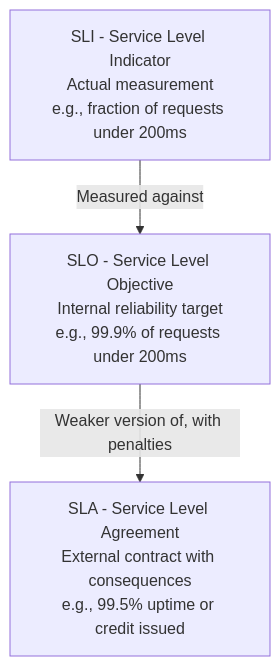
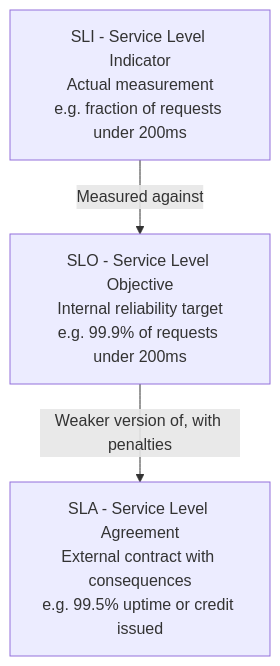
The sixth of 8 diagrams in system-design/part-3-architecture-patterns/ch17-monitoring-observability.md (bachdx2812/dev-learning-hub), drawn with Mermaid before and after one commit. The commit also changed other lines of this file and 16 other files, not shown here.

````diff
--- a/system-design/part-3-architecture-patterns/ch17-monitoring-observability.md
+++ b/system-design/part-3-architecture-patterns/ch17-monitoring-observability.md
@@ -225,9 +336,9 @@
 ```mermaid
 graph TD
-    SLI["SLI - Service Level Indicator\nActual measurement\ne.g., fraction of requests under 200ms"]
-    SLO["SLO - Service Level Objective\nInternal reliability target\ne.g., 99.9% of requests under 200ms"]
-    SLA["SLA - Service Level Agreement\nExternal contract with consequences\ne.g., 99.5% uptime or credit issued"]
+    SLI["SLI - Service Level Indicator\nActual measurement\ne.g. fraction of requests under 200ms"]
+    SLO["SLO - Service Level Objective\nInternal reliability target\ne.g. 99.9% of requests under 200ms"]
+    SLA["SLA - Service Level Agreement\nExternal contract with consequences\ne.g. 99.5% uptime or credit issued"]
 
-    SLI -->|Measured against| SLO
-    SLO -->|Weaker version of, with penalties| SLA
+    SLI -->|"Measured against"| SLO
+    SLO -->|"Weaker version of, with penalties"| SLA
 ```
````
